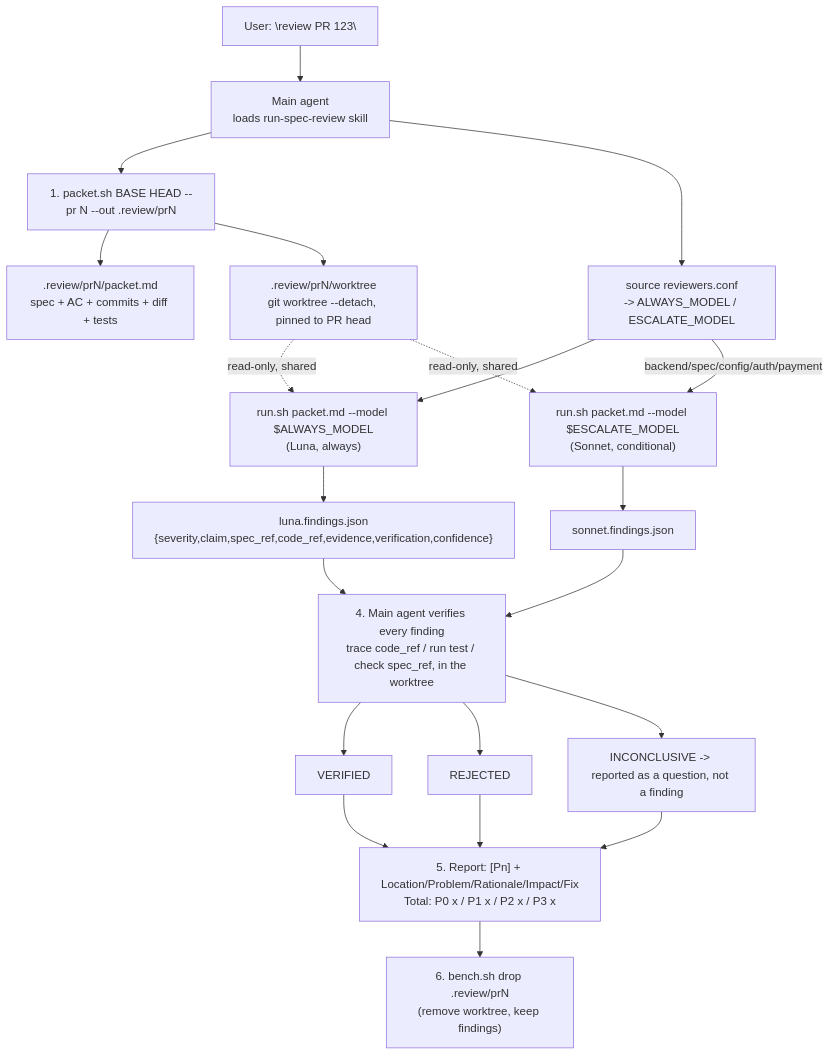
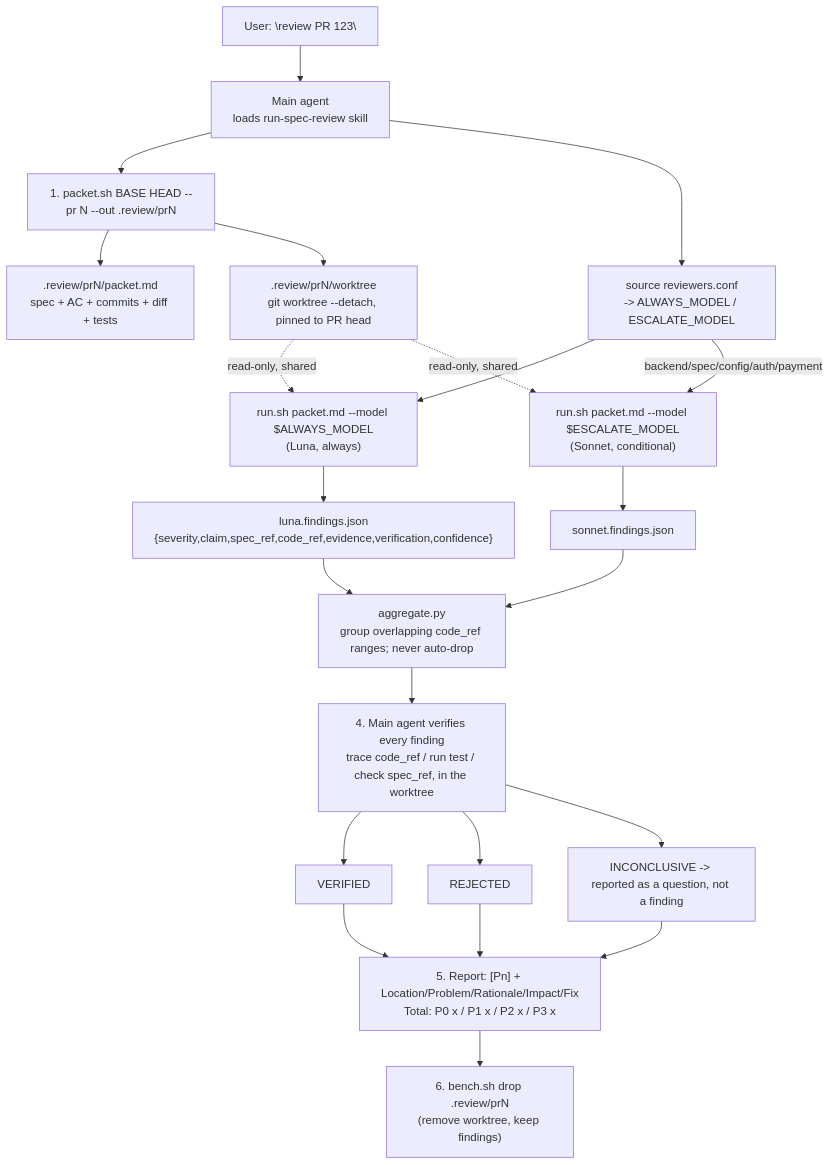
The diagram in docs/flow.md (maxjkfc/spec-review-kit), drawn with Mermaid before and after one commit. The commit also changed other lines of this file and 5 other files, not shown here.

Commit message:
Harden review packet verification flow

````diff
--- a/docs/flow.md
+++ b/docs/flow.md
@@ -3,32 +3,32 @@
 ```mermaid
 flowchart TD
     U["User: \"review PR 123\""] --> M["Main agent<br/>loads run-spec-review skill"]
 
     M --> P["1. packet.sh BASE HEAD --pr N --out .review/prN"]
     P --> PM[".review/prN/packet.md<br/>spec + AC + commits + diff + tests"]
     P --> WT[".review/prN/worktree<br/>git worktree --detach, pinned to PR head"]
 
     M --> C["source reviewers.conf<br/>-> ALWAYS_MODEL / ESCALATE_MODEL"]
 
     C --> R1["run.sh packet.md --model $ALWAYS_MODEL<br/>(Luna, always)"]
     C -->|"backend/spec/config/auth/payment"| R2["run.sh packet.md --model $ESCALATE_MODEL<br/>(Sonnet, conditional)"]
 
     WT -. read-only, shared .-> R1
     WT -. read-only, shared .-> R2
 
     R1 --> F1["luna.findings.json<br/>{severity,claim,spec_ref,code_ref,evidence,verification,confidence}"]
     R2 --> F2["sonnet.findings.json"]
 
-    F1 --> V["4. Main agent verifies every finding<br/>trace code_ref / run test / check spec_ref, in the worktree"]
-    F2 --> V
-
+    F1 --> A["aggregate.py<br/>group overlapping code_ref ranges; never auto-drop"]
+    F2 --> A
+    A --> V["4. Main agent verifies every finding<br/>trace code_ref / run test / check spec_ref, in the worktree"]
     V --> VER["VERIFIED"]
     V --> REJ["REJECTED"]
     V --> INC["INCONCLUSIVE -> reported as a question, not a finding"]
 
     VER --> REP["5. Report: [Pn] + Location/Problem/Rationale/Impact/Fix<br/>Total: P0 x / P1 x / P2 x / P3 x"]
     REJ --> REP
     INC --> REP
 
     REP --> T["6. bench.sh drop .review/prN<br/>(remove worktree, keep findings)"]
 ```
````
